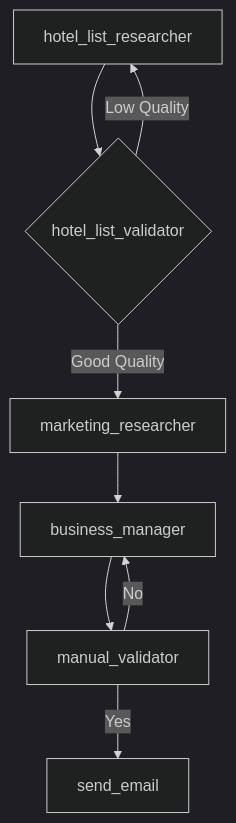
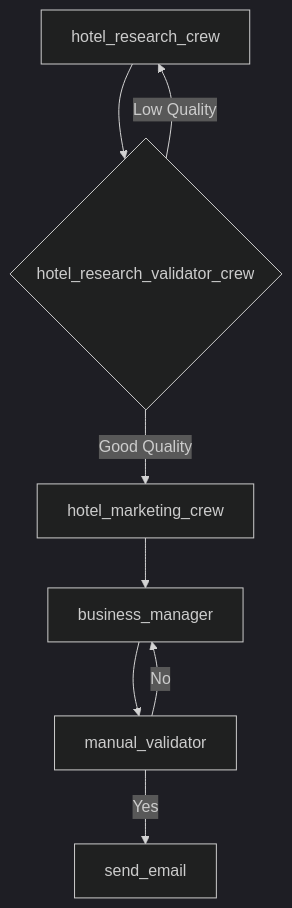
Before and after one commit to ptjuanramos/hotel-proposer: the diagram in README.md, drawn with Mermaid (dark theme). The commit also changed 1 other file, not shown here.

````diff
--- a/README.md
+++ b/README.md
@@ -38,10 +38,10 @@
 ```mermaid
 flowchart TD
-    A["hotel_list_researcher"] --> B{"hotel_list_validator"}
+    A["hotel_research_crew"] --> B{"hotel_research_validator_crew"}
     B -- Low Quality --> A
-    B -- Good Quality --> D["marketing_researcher"]
+    B -- Good Quality --> D["hotel_marketing_crew"]
     D --> F["business_manager"]
     F --> H["manual_validator"]
     H -- No --> F
     H -- Yes --> J["send_email"]
 ```
````
